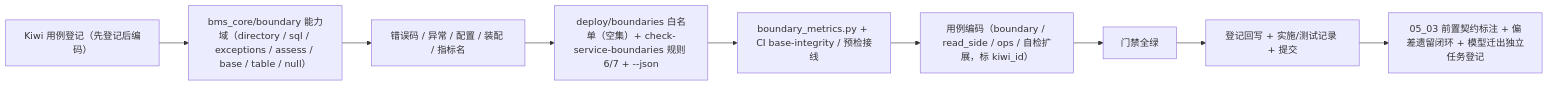
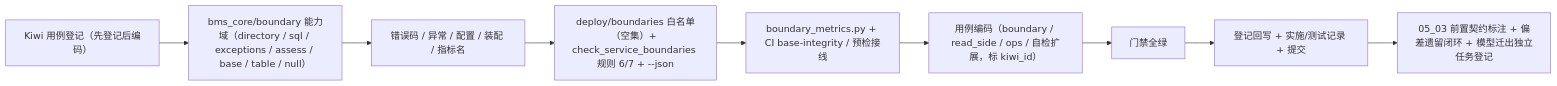
The second of 2 diagrams in bms文档/项目/02_后端基座与服务化地基/任务/05_服务间通信与一致性/05_服务间通信与一致性_02_数据所有权与边界硬校验/设计/01_详细设计_02_数据所有权与边界硬校验.md (minjian123/basic-management-system), drawn with Mermaid before and after one commit. The commit also changed other lines of this file and 919 other files, not shown here.

````diff
--- a/bms文档/项目/02_后端基座与服务化地基/任务/05_服务间通信与一致性/05_服务间通信与一致性_02_数据所有权与边界硬校验/设计/01_详细设计_02_数据所有权与边界硬校验.md
+++ b/bms文档/项目/02_后端基座与服务化地基/任务/05_服务间通信与一致性/05_服务间通信与一致性_02_数据所有权与边界硬校验/设计/01_详细设计_02_数据所有权与边界硬校验.md
@@ -360,11 +360,11 @@
 ```mermaid
 flowchart LR
     A["Kiwi 用例登记（先登记后编码）"] --> B["bms_core/boundary 能力域（directory / sql / exceptions / assess / base / table / null）"]
     B --> C["错误码 / 异常 / 配置 / 装配 / 指标名"]
-    C --> D["deploy/boundaries 白名单（空集）+ check-service-boundaries 规则 6/7 + --json"]
+    C --> D["deploy/boundaries 白名单（空集）+ check_service_boundaries 规则 6/7 + --json"]
     D --> E["boundary_metrics.py + CI base-integrity / 预检接线"]
     E --> F["用例编码（boundary / read_side / ops / 自检扩展，标 kiwi_id）"]
     F --> G["门禁全绿"]
     G --> H["登记回写 + 实施/测试记录 + 提交"]
     H --> I["05_03 前置契约标注 + 偏差遗留闭环 + 模型迁出独立任务登记"]
 ```
````
